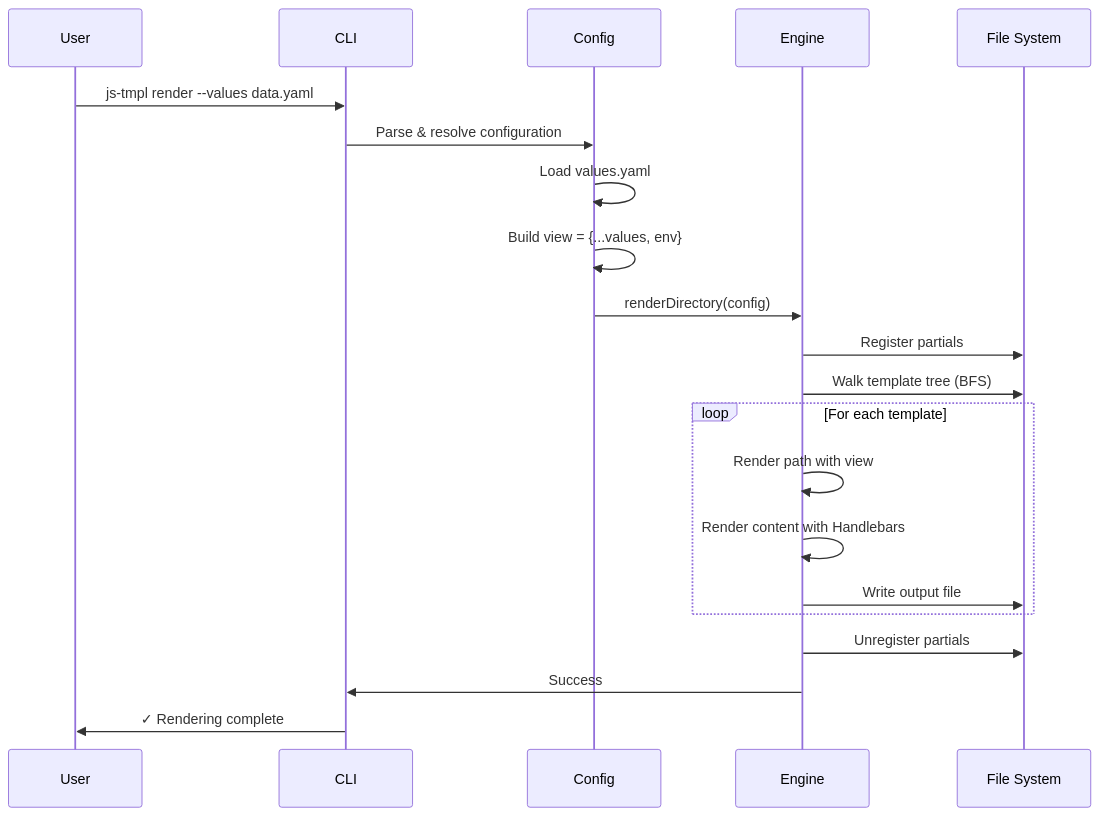
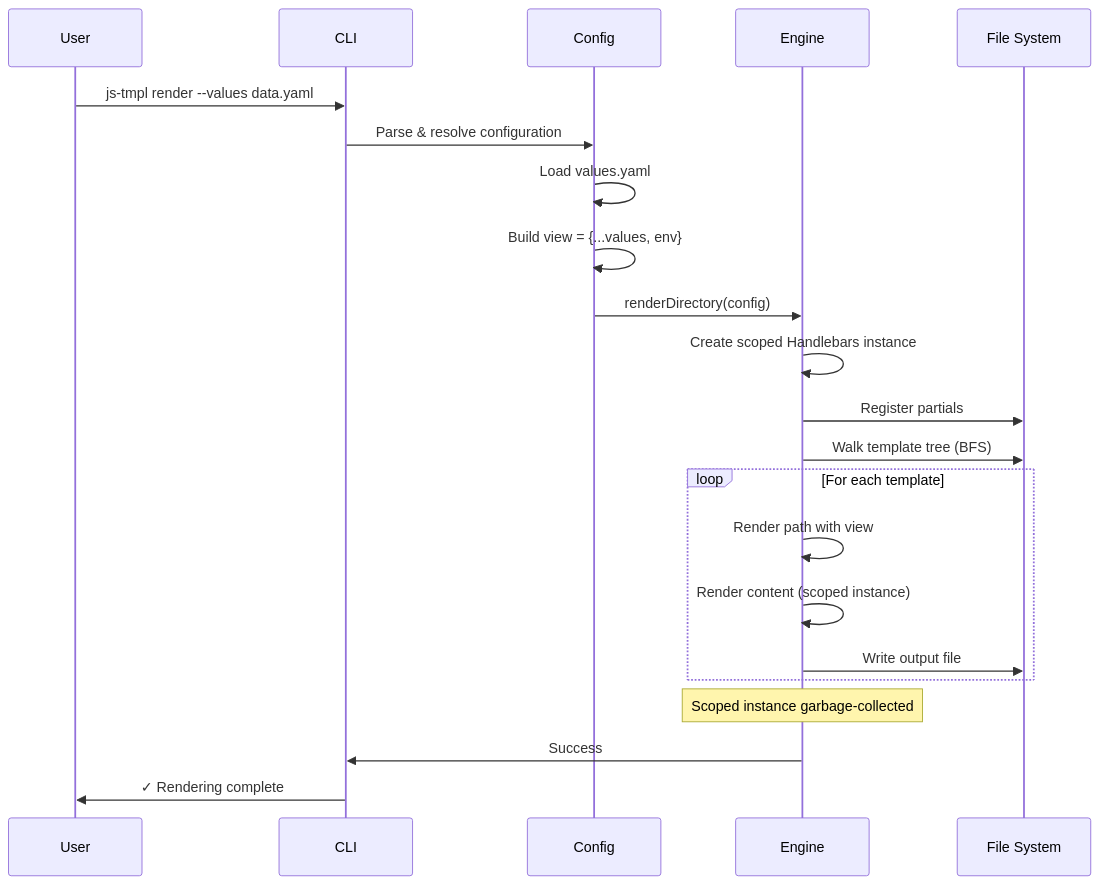
Before and after one commit to nci-gis/js-tmpl: the ninth of 9 diagrams in docs/WORKFLOW.md, drawn with Mermaid. The commit also changed other lines of this file and 24 other files, not shown here.

````diff
--- a/docs/WORKFLOW.md
+++ b/docs/WORKFLOW.md
@@ -257,27 +260,28 @@
 ```mermaid
 sequenceDiagram
     participant User
     participant CLI
     participant Config
     participant Engine
     participant FS as File System
 
     User->>CLI: js-tmpl render --values data.yaml
     CLI->>Config: Parse & resolve configuration
     Config->>Config: Load values.yaml
     Config->>Config: Build view = {...values, env}
 
     Config->>Engine: renderDirectory(config)
+    Engine->>Engine: Create scoped Handlebars instance
     Engine->>FS: Register partials
     Engine->>FS: Walk template tree (BFS)
 
     loop For each template
         Engine->>Engine: Render path with view
-        Engine->>Engine: Render content with Handlebars
+        Engine->>Engine: Render content (scoped instance)
         Engine->>FS: Write output file
     end
 
-    Engine->>FS: Unregister partials
+    Note over Engine: Scoped instance garbage-collected
     Engine->>CLI: Success
     CLI->>User: ✓ Rendering complete
 ```
````
